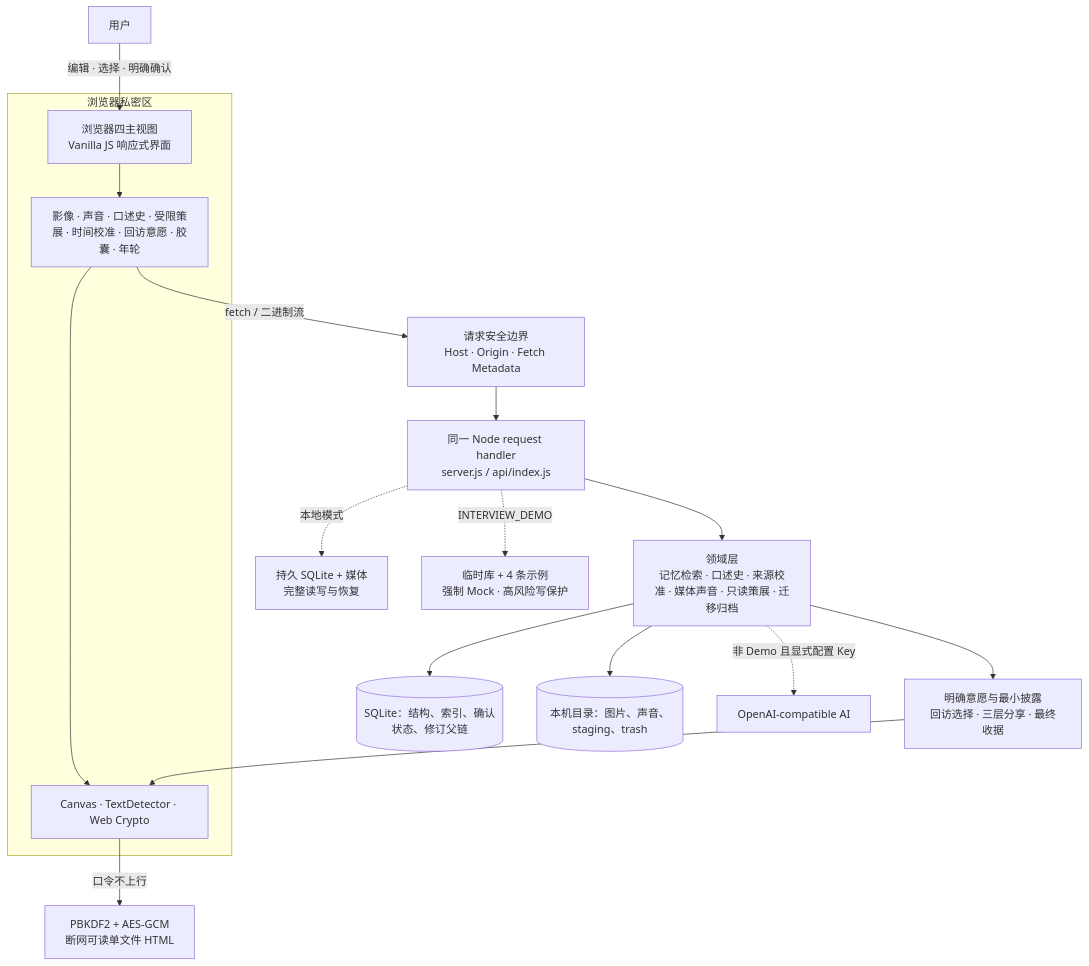
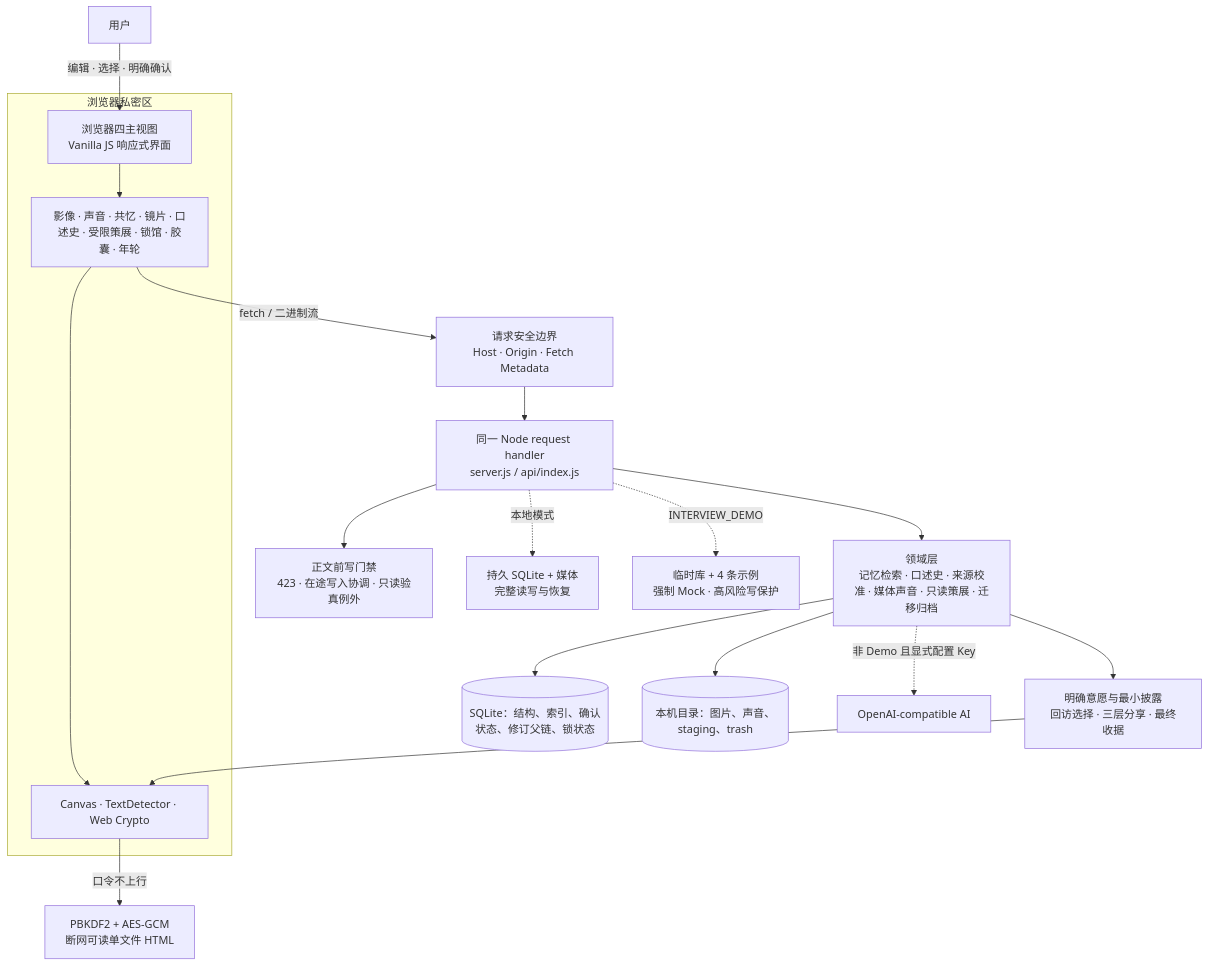
One commit to JieE-212/AI_memory_museum changed the diagram in 项目文档/面试展示手册.md. Above: the diagram before and after it, drawn with Mermaid. The commit also changed other lines of this file and 5 other files, not shown here.

````diff
--- a/项目文档/面试展示手册.md
+++ b/项目文档/面试展示手册.md
@@ -76,23 +91,24 @@
 ```mermaid
 flowchart TB
   U["用户"] -->|"编辑 · 选择 · 明确确认"| UI["浏览器四主视图<br/>Vanilla JS 响应式界面"]
 
   subgraph B["浏览器私密区"]
-    UI --> MOD["影像 · 声音 · 口述史 · 受限策展 · 时间校准 · 回访意愿 · 胶囊 · 年轮"]
+    UI --> MOD["影像 · 声音 · 共忆 · 镜片 · 口述史 · 受限策展 · 锁馆 · 胶囊 · 年轮"]
     MOD --> LOCAL["Canvas · TextDetector · Web Crypto"]
   end
 
   MOD -->|"fetch / 二进制流"| SEC["请求安全边界<br/>Host · Origin · Fetch Metadata"]
   SEC --> HTTP["同一 Node request handler<br/>server.js / api/index.js"]
   HTTP --> DOMAIN["领域层<br/>记忆检索 · 口述史 · 来源校准 · 媒体声音 · 只读策展 · 迁移归档"]
-  DOMAIN --> DB[("SQLite：结构、索引、确认状态、修订父链")]
+  DOMAIN --> DB[("SQLite：结构、索引、确认状态、修订父链、锁状态")]
   DOMAIN --> FS[("本机目录：图片、声音、staging、trash")]
   DOMAIN -. "非 Demo 且显式配置 Key" .-> AI["OpenAI-compatible AI"]
 
   DOMAIN --> GATE["明确意愿与最小披露<br/>回访选择 · 三层分享 · 最终收据"]
+  HTTP --> LOCK["正文前写门禁<br/>423 · 在途写入协调 · 只读验真例外"]
   GATE --> LOCAL
   LOCAL -->|"口令不上行"| OFF["PBKDF2 + AES-GCM<br/>断网可读单文件 HTML"]
 
   HTTP -. "本地模式" .-> PERSIST["持久 SQLite + 媒体<br/>完整读写与恢复"]
   HTTP -. "INTERVIEW_DEMO" .-> DEMO["临时库 + 4 条示例<br/>强制 Mock · 高风险写保护"]
 ```
````
